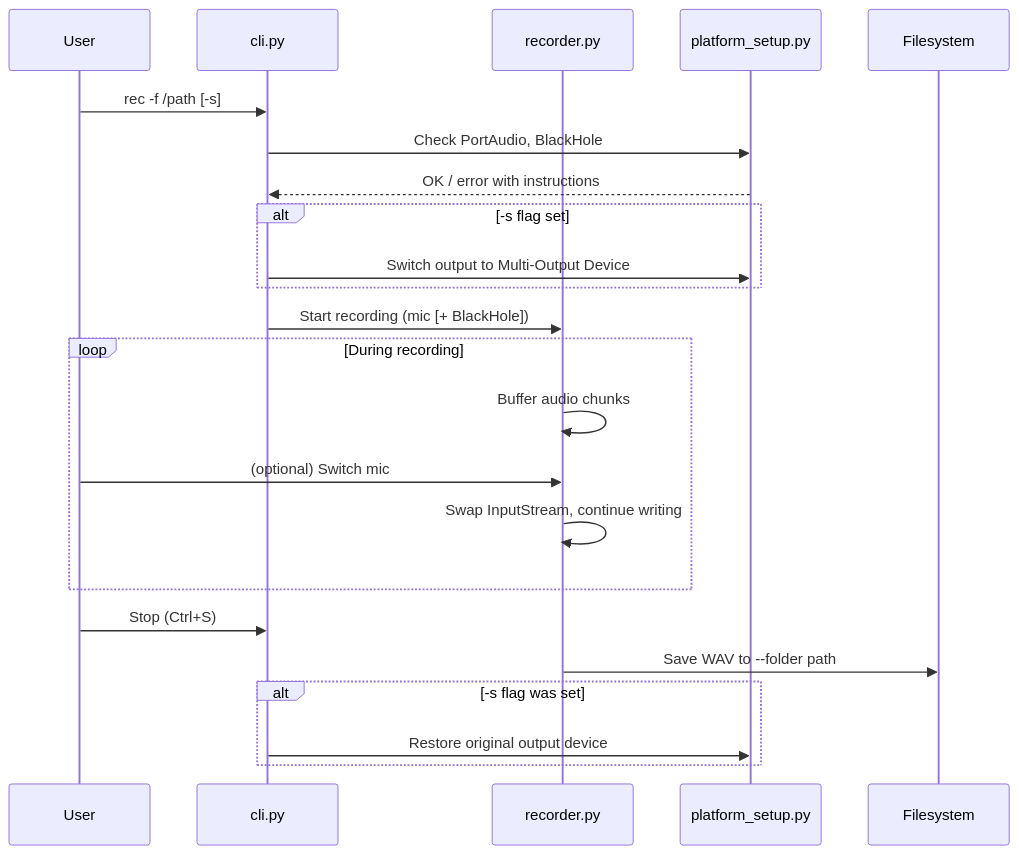
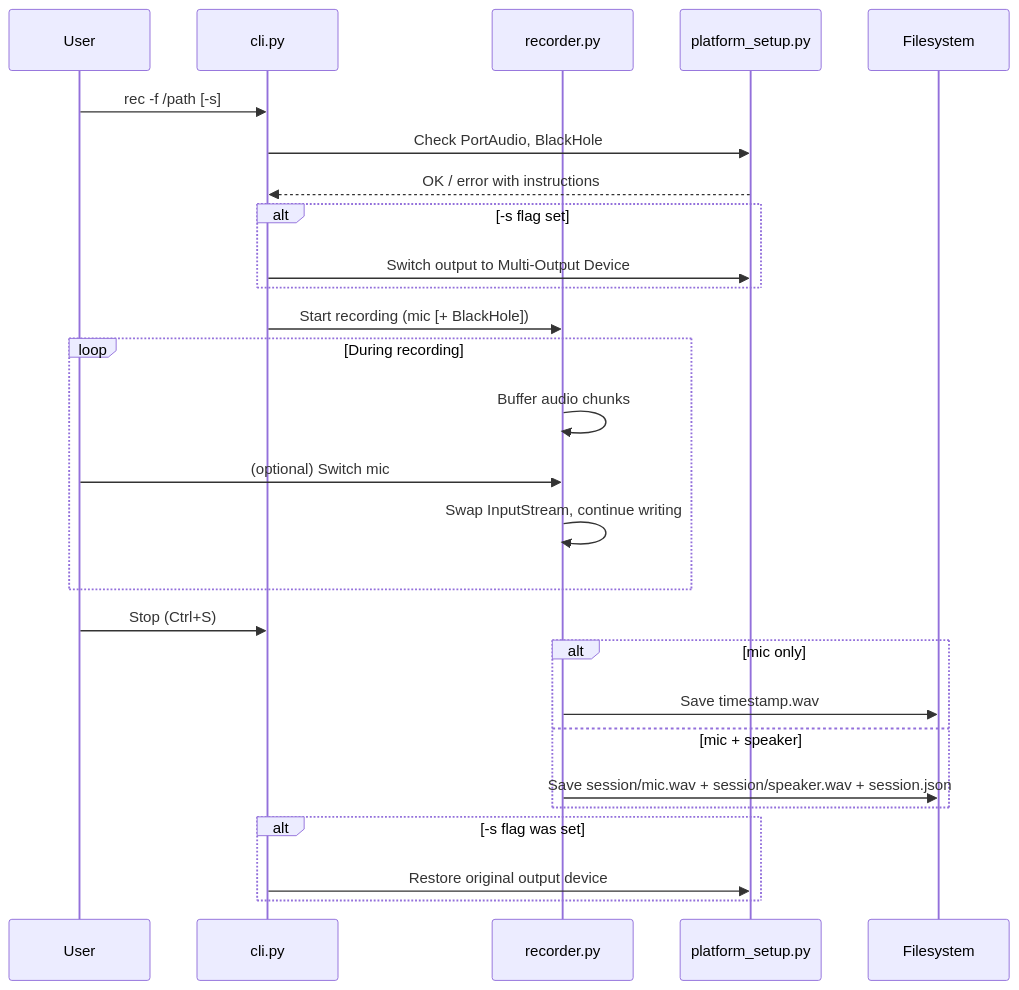
Before and after one commit to Lenniott/liscribe: the third of 4 diagrams in docs/architecture.md, drawn with Mermaid. The commit also changed other lines of this file and 10 other files, not shown here.

Commit message:
mic and speaker split

````diff
--- a/docs/architecture.md
+++ b/docs/architecture.md
@@ -59,29 +59,33 @@
 ```mermaid
 sequenceDiagram
     participant User
     participant CLI as cli.py
     participant Rec as recorder.py
     participant Platform as platform_setup.py
     participant FS as Filesystem
 
     User->>CLI: rec -f /path [-s]
     CLI->>Platform: Check PortAudio, BlackHole
     Platform-->>CLI: OK / error with instructions
 
     alt -s flag set
         CLI->>Platform: Switch output to Multi-Output Device
     end
 
     CLI->>Rec: Start recording (mic [+ BlackHole])
     loop During recording
         Rec->>Rec: Buffer audio chunks
         User->>Rec: (optional) Switch mic
         Rec->>Rec: Swap InputStream, continue writing
     end
     User->>CLI: Stop (Ctrl+S)
-    Rec->>FS: Save WAV to --folder path
+    alt mic only
+        Rec->>FS: Save timestamp.wav
+    else mic + speaker
+        Rec->>FS: Save session/mic.wav + session/speaker.wav + session.json
+    end
 
     alt -s flag was set
         CLI->>Platform: Restore original output device
     end
 ```
````
